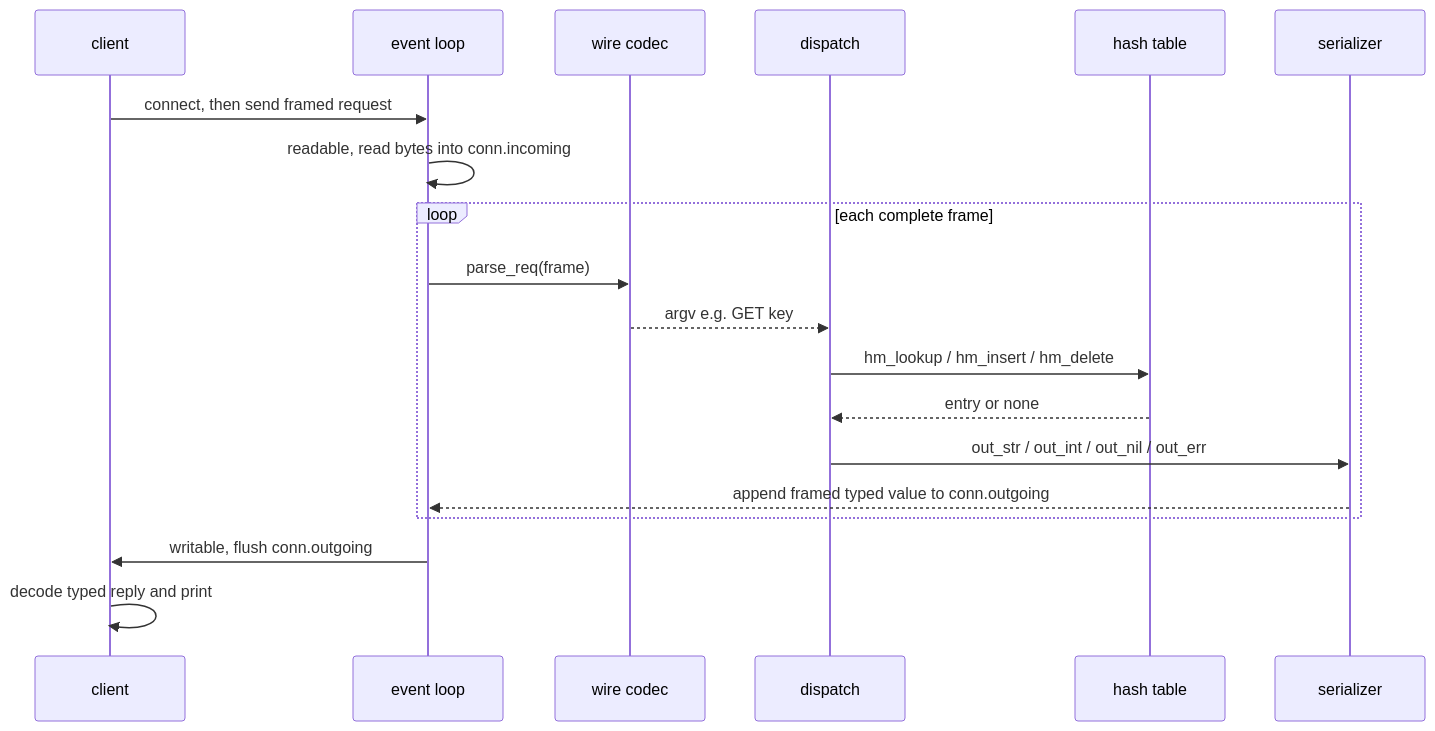
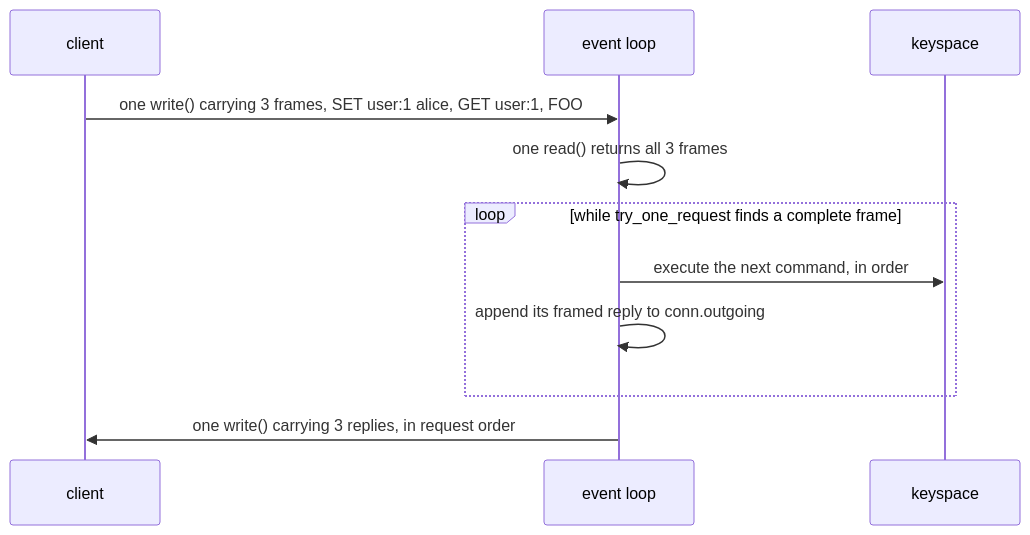
Before and after one commit to Rohitangshu2026/mini-redis: the ninth of 34 diagrams in README.md, drawn with Mermaid. The commit also changed other lines of this file, not shown here.

Commit message:
docs: rewrite README with the end-to-end architecture flow

````diff
--- a/README.md
+++ b/README.md
@@ -293,22 +447,13 @@
 ```mermaid
 sequenceDiagram
     participant C as client
     participant L as event loop
-    participant W as wire codec
-    participant D as dispatch
-    participant H as hash table
-    participant S as serializer
-
-    C->>L: connect, then send framed request
-    L->>L: readable, read bytes into conn.incoming
-    loop each complete frame
-        L->>W: parse_req(frame)
-        W-->>D: argv e.g. GET key
-        D->>H: hm_lookup / hm_insert / hm_delete
-        H-->>D: entry or none
-        D->>S: out_str / out_int / out_nil / out_err
-        S-->>L: append framed typed value to conn.outgoing
+    participant DB as keyspace
+    C->>L: one write() carrying 3 frames, SET user:1 alice, GET user:1, FOO
+    L->>L: one read() returns all 3 frames
+    loop while try_one_request finds a complete frame
+        L->>DB: execute the next command, in order
+        L->>L: append its framed reply to conn.outgoing
     end
-    L->>C: writable, flush conn.outgoing
-    C->>C: decode typed reply and print
+    L->>C: one write() carrying 3 replies, in request order
 ```
````
